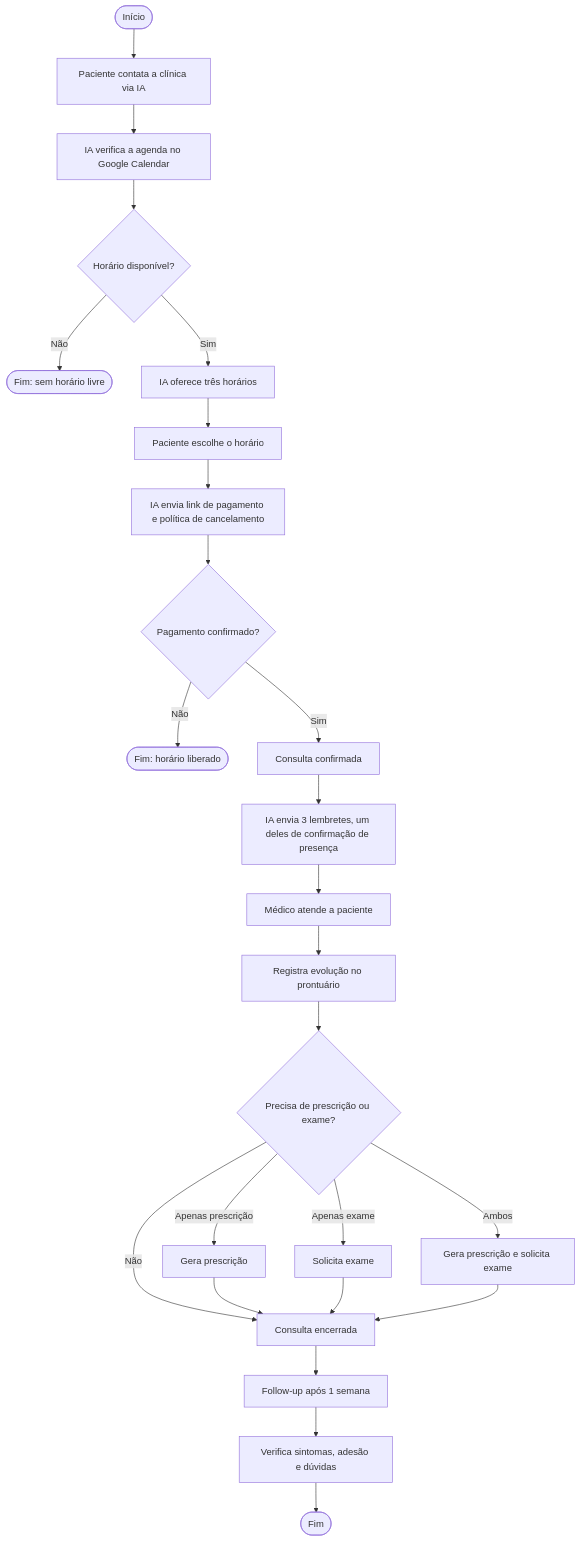
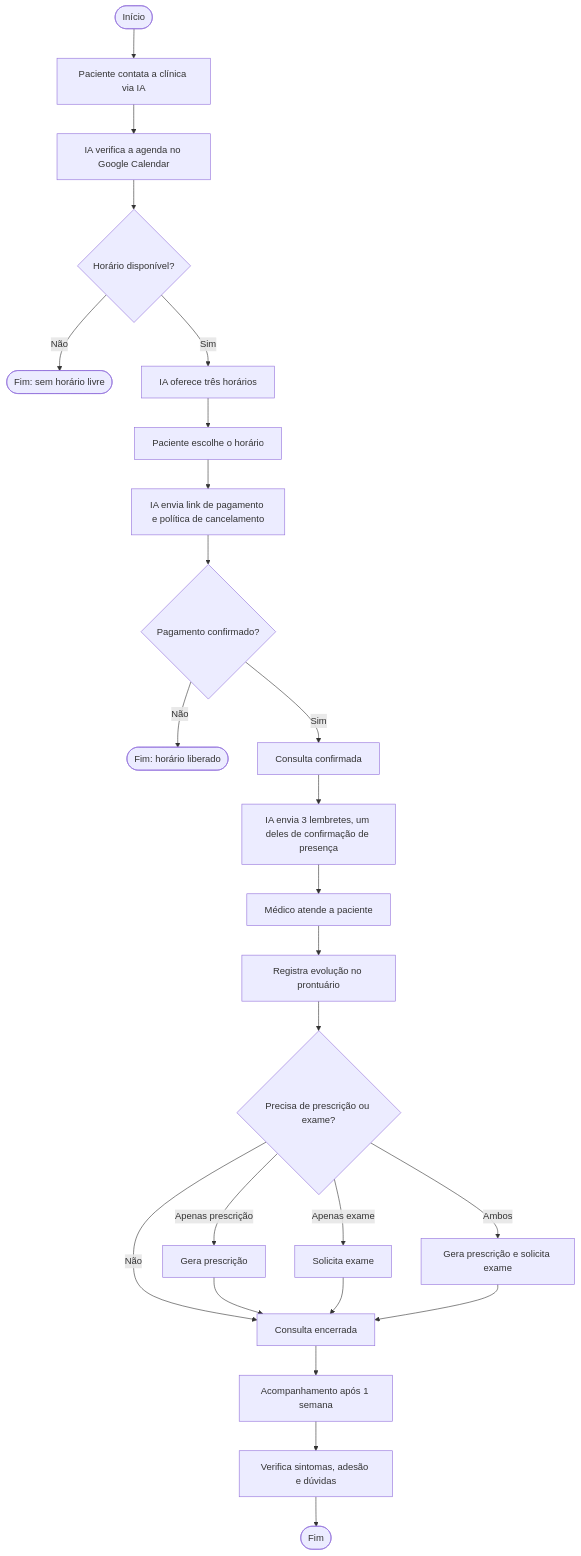
One commit to gustavoalvessilvaas-star/Modelagem-de-Dados changed the first of 2 diagrams in README.md. Above: the diagram before and after it, drawn with Mermaid. The commit also changed other lines of this file, not shown here.

Commit message:
Replace 'Follow-up' with 'Acompanhamento' throughout README

````diff
--- a/README.md
+++ b/README.md
@@ -65,27 +62,27 @@
 ```mermaid
 flowchart TD
     A([Início]) --> B[Paciente contata a clínica via IA]
     B --> C[IA verifica a agenda no Google Calendar]
     C --> D{Horário disponível?}
     D -- Não --> E([Fim: sem horário livre])
     D -- Sim --> F[IA oferece três horários]
     F --> G[Paciente escolhe o horário]
     G --> H[IA envia link de pagamento e política de cancelamento]
     H --> I{Pagamento confirmado?}
     I -- Não --> J([Fim: horário liberado])
     I -- Sim --> K[Consulta confirmada]
     K --> L[IA envia 3 lembretes, um deles de confirmação de presença]
     L --> M[Médico atende a paciente]
     M --> N[Registra evolução no prontuário]
     N --> O{Precisa de prescrição ou exame?}
     O -- Não --> S[Consulta encerrada]
     O -- Apenas prescrição --> P[Gera prescrição]
     O -- Apenas exame --> Q[Solicita exame]
     O -- Ambos --> R[Gera prescrição e solicita exame]
     P --> S
     Q --> S
     R --> S
-    S --> T[Follow-up após 1 semana]
+    S --> T[Acompanhamento após 1 semana]
     T --> U[Verifica sintomas, adesão e dúvidas]
     U --> V([Fim])
 ```
````
